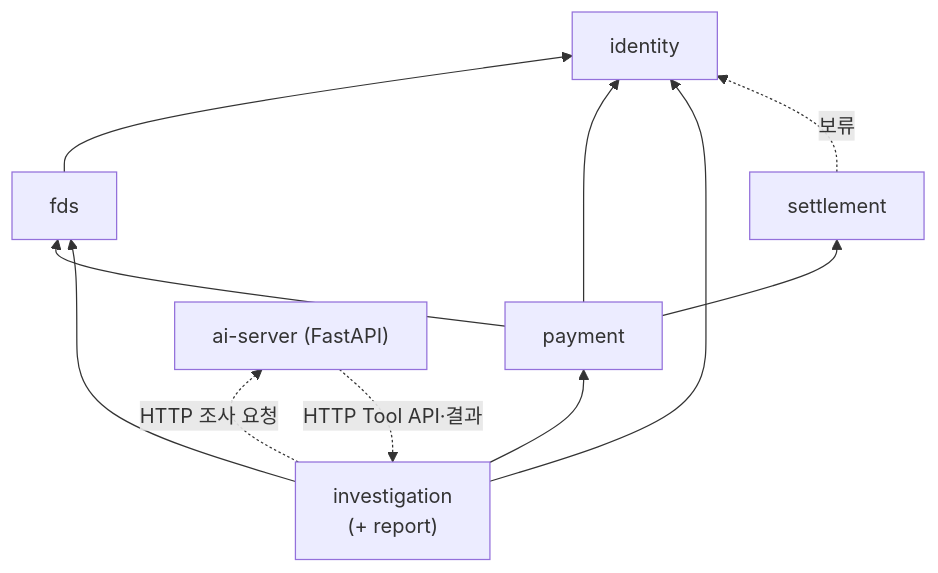
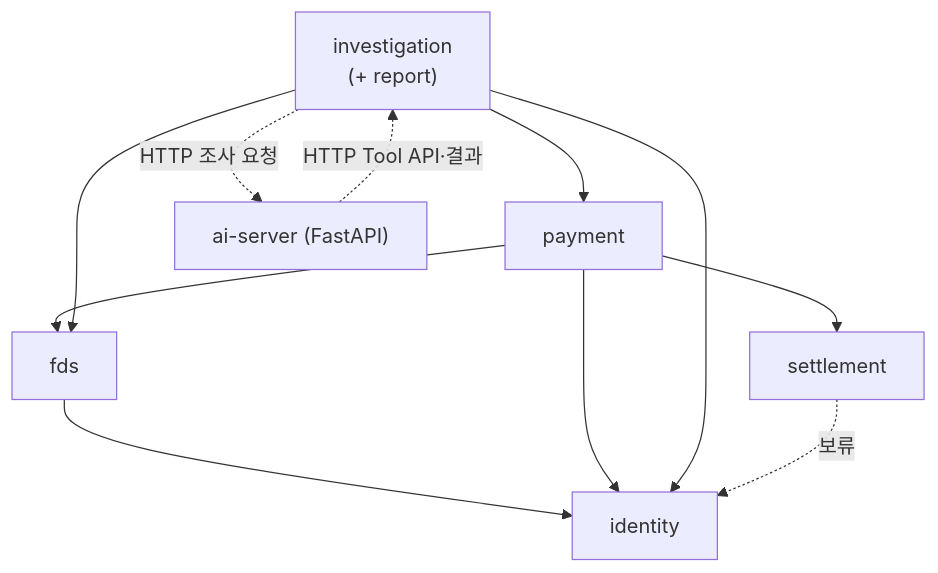
Before and after one commit to HyunGyu-Cho/DonWorry: the third of 3 diagrams in README.md, drawn with Mermaid. The commit also changed 2 other files, not shown here.

Commit message:
docs: 모듈 의존 그림 방향을 위→아래(TB)로 수정 (#39)
- README·ADR-0012·docs/modulith/04의 mermaid flowchart BT → TB
- 설명 글('화살표는 아래로만 향한다')과 그림 방향을 일치시킴, 화살표 목록은 그대로

````diff
--- a/README.md
+++ b/README.md
@@ -335,20 +335,20 @@
 ```mermaid
-flowchart BT
+flowchart TB
     identity["identity"]
     fds["fds"]
     payment["payment"]
     investigation["investigation<br/>(+ report)"]
     settlement["settlement"]
     ai["ai-server (FastAPI)"]
 
     fds --> identity
     payment --> fds
     payment --> identity
     investigation --> payment
     investigation --> fds
     investigation --> identity
     payment --> settlement
     settlement -. "보류" .-> identity
     investigation -. "HTTP 조사 요청" .-> ai
     ai -. "HTTP Tool API·결과" .-> investigation
 ```
````
